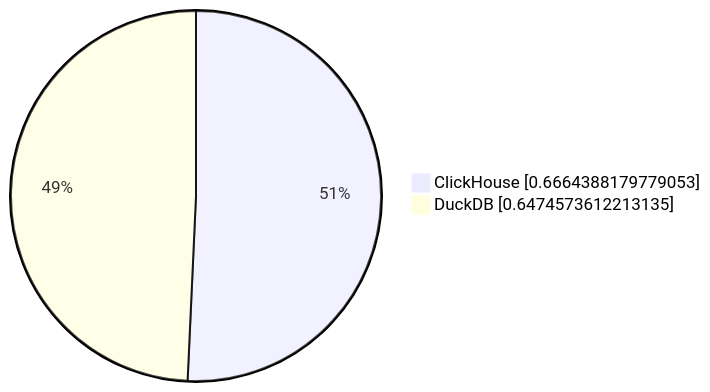
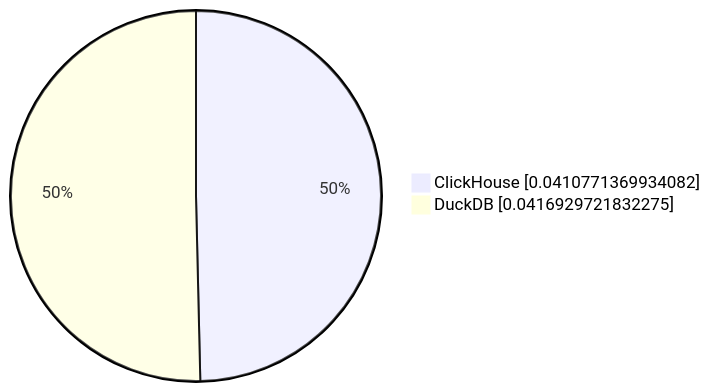
One commit to Altinity/clickhouse-regression changed the eighth of 10 diagrams in parquet/performance/results/README.md. Above: the diagram before and after it, drawn with Mermaid. The commit also changed other lines of this file, not shown here.

````diff
--- a/parquet/performance/results/README.md
+++ b/parquet/performance/results/README.md
@@ -80,5 +80,5 @@
 ```mermaid
      pie showData
-         "ClickHouse" : 0.6664388179779053
-         "DuckDB" : 0.6474573612213135
+         "ClickHouse" : 0.0410771369934082
+         "DuckDB" : 0.0416929721832275
 ```
````
